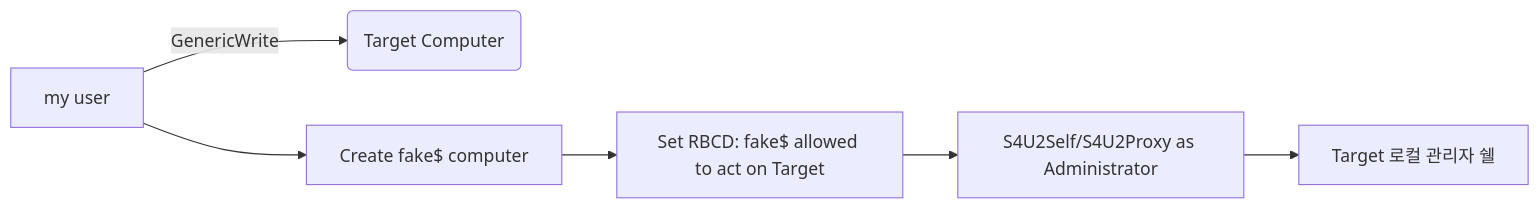
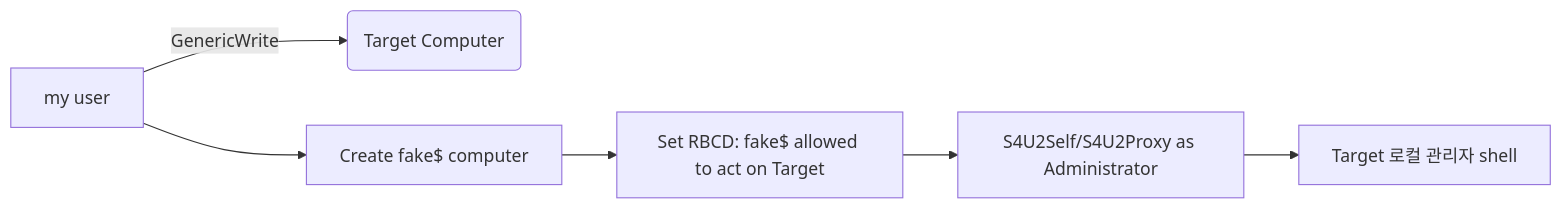
Before and after one commit to STEALIEN-RED/docs-redteam-cheatsheet: the third of 3 diagrams in docs_internal_backup/ad/dacl-abuse.md, drawn with Mermaid. The commit also changed other lines of this file and 91 other files, not shown here.

````diff
--- a/docs_internal_backup/ad/dacl-abuse.md
+++ b/docs_internal_backup/ad/dacl-abuse.md
@@ -241,8 +241,8 @@
 ```mermaid
 graph LR
     A[my user] -->|GenericWrite| B(Target Computer)
     A --> C[Create fake$ computer]
     C --> D[Set RBCD: fake$ allowed to act on Target]
     D --> E[S4U2Self/S4U2Proxy as Administrator]
-    E --> F[Target 로컬 관리자 쉘]
+    E --> F[Target 로컬 관리자 shell]
 ```
````
